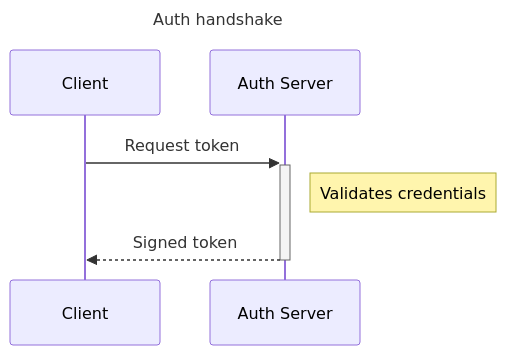
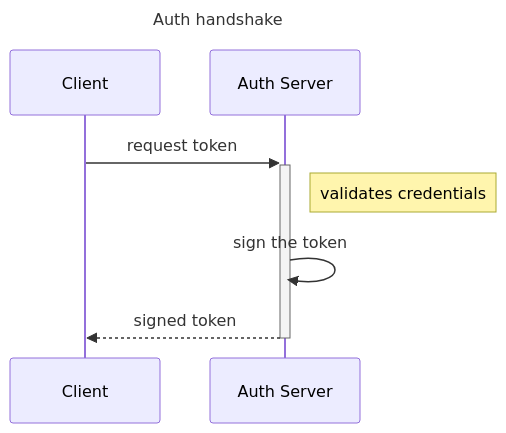
One commit to Laticent/lattice changed the third of 8 diagrams in examples/sequence-narration.md. Above: the diagram before and after it, drawn with Mermaid. The commit also changed other lines of this file and 10 other files, not shown here.

````diff
--- a/examples/sequence-narration.md
+++ b/examples/sequence-narration.md
@@ -47,11 +67,12 @@
 ```mermaid
 ---
 title: Auth handshake
 ---
 sequenceDiagram
   participant C as Client
   participant S as Auth Server
-  C->>+S: Request token
-  Note right of S: Validates credentials
-  S-->>-C: Signed token
+  C->>+S: request token
+  Note right of S: validates credentials
+  S->>S: sign the token
+  S-->>-C: signed token
 ```
````
